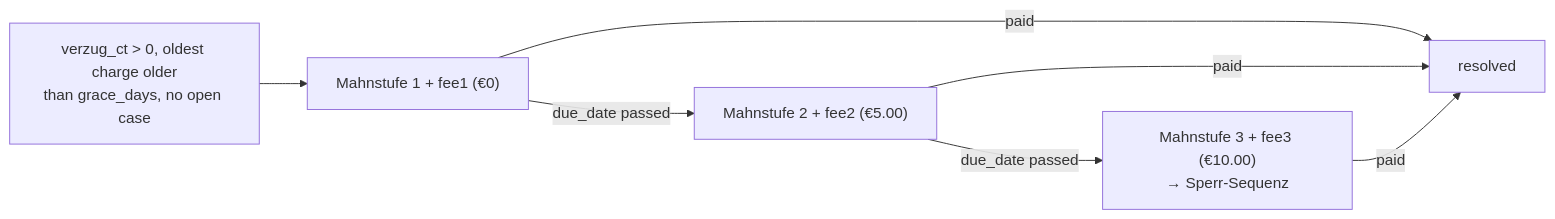
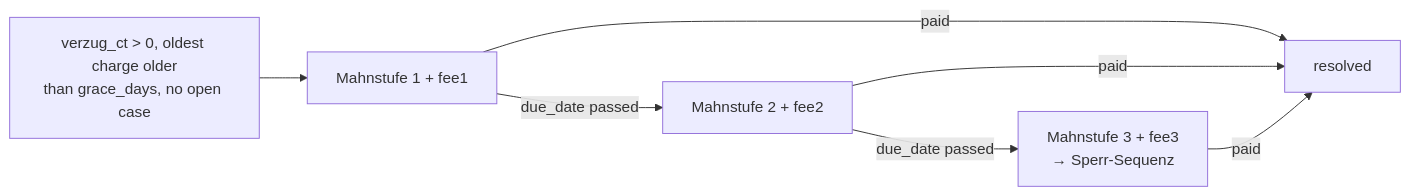
The second of 3 diagrams in site/content/docs/services/accountingd.md (hupe1980/mako), drawn with Mermaid before and after one commit. The commit also changed other lines of this file and 443 other files, not shown here.

````diff
--- a/site/content/docs/services/accountingd.md
+++ b/site/content/docs/services/accountingd.md
@@ -308,10 +312,10 @@
 ```mermaid
 graph LR
     trigger["verzug_ct > 0, oldest charge older<br/>than grace_days, no open case"]
-    a1["Mahnstufe 1 + fee1 (€0)"]
-    a2["Mahnstufe 2 + fee2 (€5.00)"]
-    a3["Mahnstufe 3 + fee3 (€10.00)<br/>→ Sperr-Sequenz"]
+    a1["Mahnstufe 1 + fee1"]
+    a2["Mahnstufe 2 + fee2"]
+    a3["Mahnstufe 3 + fee3<br/>→ Sperr-Sequenz"]
     resolved["resolved"]
     trigger --> a1 -->|"due_date passed"| a2 -->|"due_date passed"| a3
     a1 & a2 & a3 -->|"paid"| resolved
 ```
````
